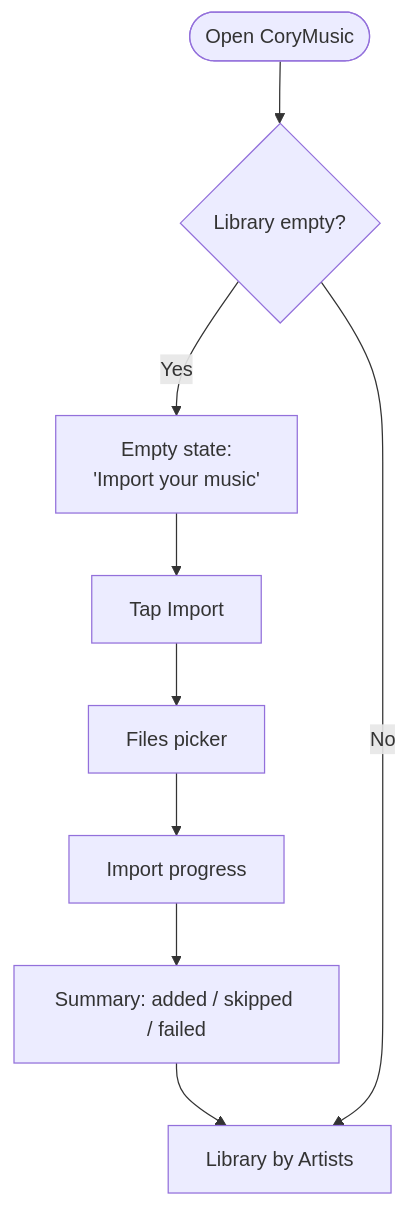
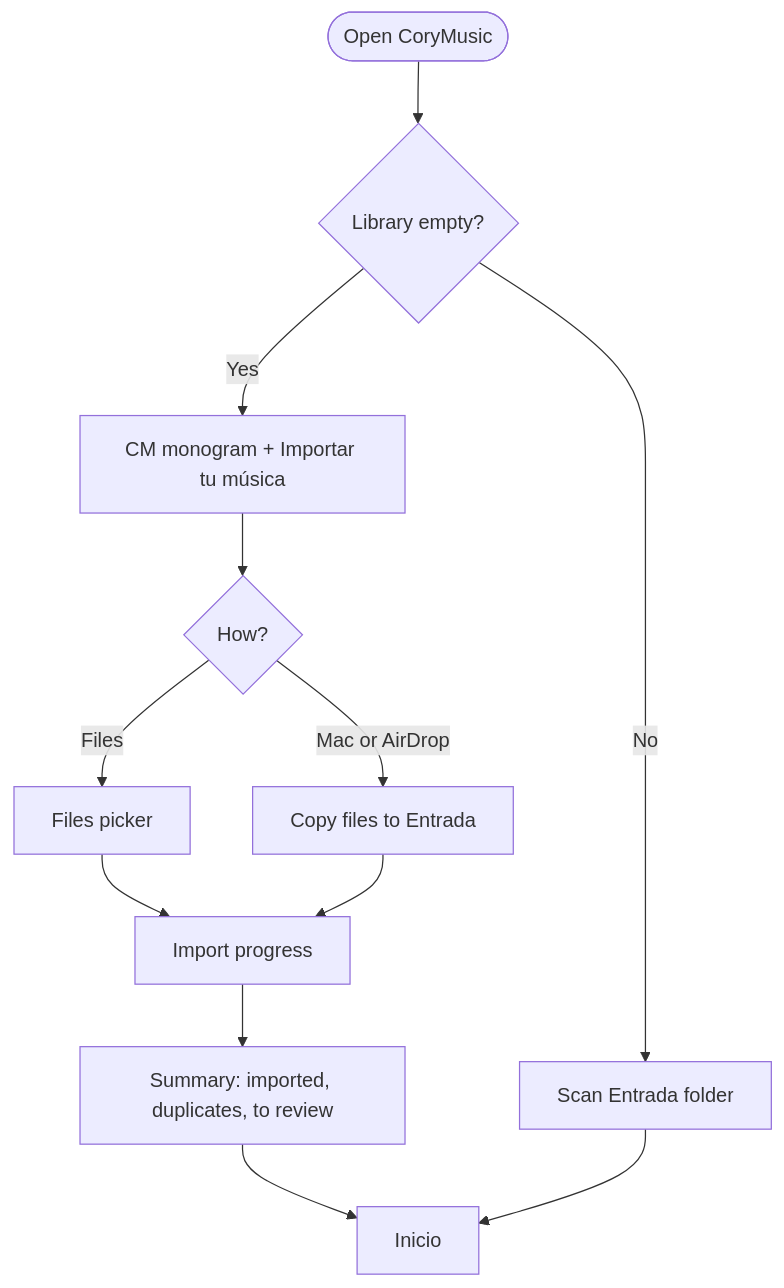
Before and after one commit to sabrinasalomon/CoryMusic: the second of 7 diagrams in docs/USER_FLOWS.md, drawn with Mermaid. The commit also changed other lines of this file and 9 other files, not shown here.

````diff
--- a/docs/USER_FLOWS.md
+++ b/docs/USER_FLOWS.md
@@ -41,11 +47,13 @@
 ```mermaid
 flowchart TD
     A([Open CoryMusic]) --> B{Library empty?}
-    B -- Yes --> C[Empty state:<br/>'Import your music']
-    C --> D[Tap Import]
-    D --> E[Files picker]
-    E --> F[Import progress]
-    F --> G[Summary: added / skipped / failed]
-    G --> H[Library by Artists]
-    B -- No --> H
+    B -- Yes --> C[CM monogram + Importar tu música]
+    C --> D{How?}
+    D -- Files --> E[Files picker]
+    D -- Mac or AirDrop --> F[Copy files to Entrada]
+    E & F --> G[Import progress]
+    G --> H[Summary: imported, duplicates, to review]
+    H --> I[Inicio]
+    B -- No --> J[Scan Entrada folder]
+    J --> I
 ```
````
